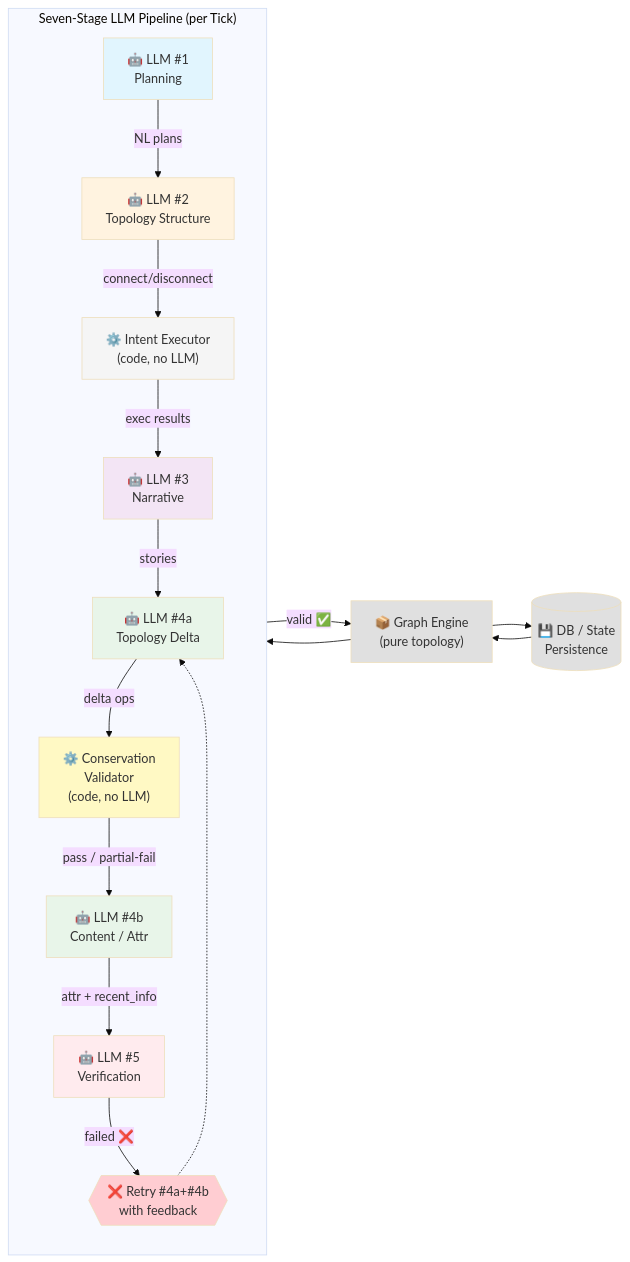
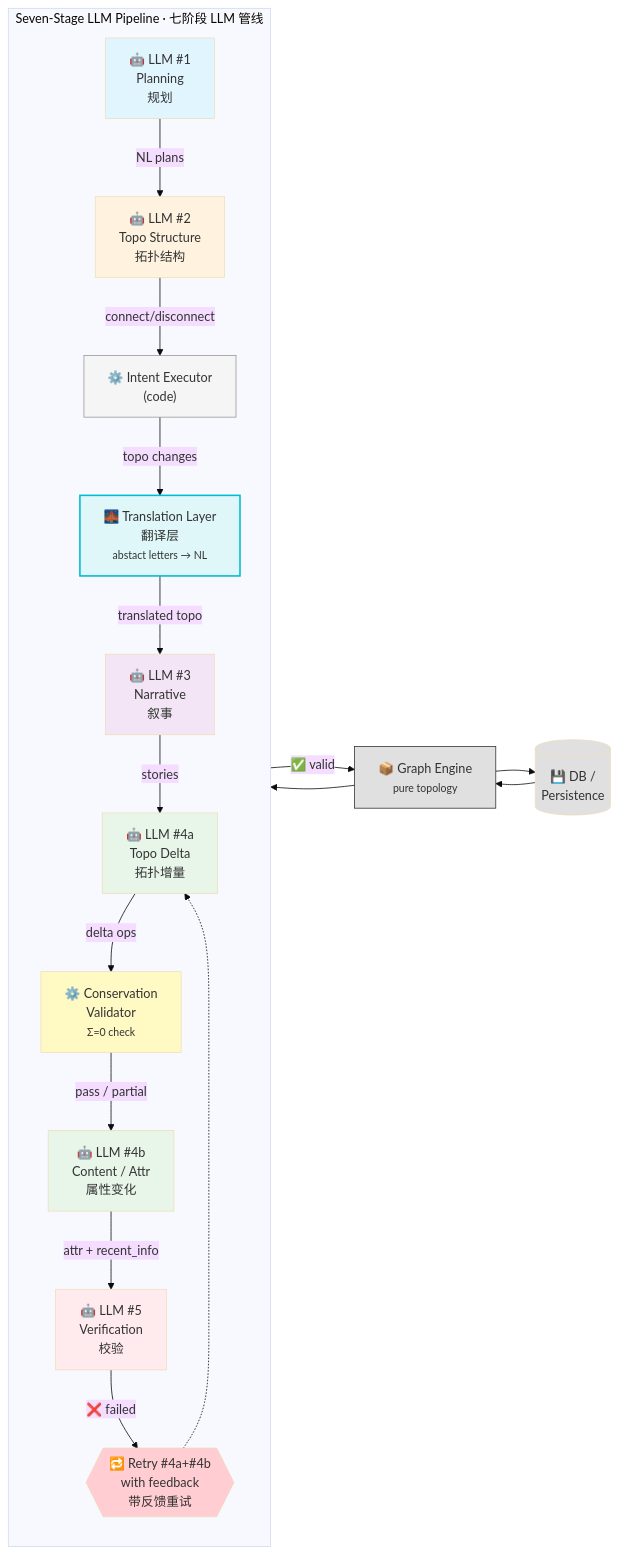
Before and after one commit to Asher0501/AgentWorld: the first of 3 diagrams in README.md, drawn with Mermaid (base theme). The commit also changed other lines of this file and 1 other file, not shown here.

First line of the commit message:
README: bilingual (EN/CN), translation layer in arch, graph-centric banner

````diff
--- a/README.md
+++ b/README.md
@@ -40,44 +21,48 @@
 ```mermaid
 flowchart LR
-    GE["📦 Graph Engine<br/>(pure topology)"]
-    DB[("💾 DB / State<br/>Persistence")]
+    GE["📦 Graph Engine<br/><small>pure topology</small>"]
+    DB[("💾 DB /<br/>Persistence")]
 
-    subgraph P["Seven-Stage LLM Pipeline (per Tick)"]
+    subgraph P["Seven-Stage LLM Pipeline · 七阶段 LLM 管线"]
         direction TB
-        L1["🤖 LLM #1<br/>Planning"]
-        L2["🤖 LLM #2<br/>Topology Structure"]
-        IE["⚙️ Intent Executor<br/>(code, no LLM)"]
-        L3["🤖 LLM #3<br/>Narrative"]
-        L4a["🤖 LLM #4a<br/>Topology Delta"]
-        CV["⚙️ Conservation<br/>Validator<br/>(code, no LLM)"]
-        L4b["🤖 LLM #4b<br/>Content / Attr"]
-        L5["🤖 LLM #5<br/>Verification"]
-        retry{{"❌ Retry #4a+#4b<br/>with feedback"}}
+        L1["🤖 LLM #1<br/>Planning<br/>规划"]
+        L2["🤖 LLM #2<br/>Topo Structure<br/>拓扑结构"]
+        IE["⚙️ Intent Executor<br/>(code)"]
+        TL["🌉 Translation Layer<br/>翻译层<br/><small>abstact letters → NL</small>"]
+        L3["🤖 LLM #3<br/>Narrative<br/>叙事"]
+        L4a["🤖 LLM #4a<br/>Topo Delta<br/>拓扑增量"]
+        CV["⚙️ Conservation<br/>Validator<br/><small>Σ=0 check</small>"]
+        L4b["🤖 LLM #4b<br/>Content / Attr<br/>属性变化"]
+        L5["🤖 LLM #5<br/>Verification<br/>校验"]
+        retry{{"🔁 Retry #4a+#4b<br/>with feedback<br/>带反馈重试"}}
     end
 
     DB --> GE
     GE --> L1
     L1 -->|"NL plans"| L2
     L2 -->|"connect/disconnect"| IE
-    IE -->|"exec results"| L3
+    IE -->|"topo changes"| TL
+    TL -->|"translated topo"| L3
     L3 -->|"stories"| L4a
     L4a -->|"delta ops"| CV
-    CV -->|"pass / partial-fail"| L4b
+    CV -->|"pass / partial"| L4b
     L4b -->|"attr + recent_info"| L5
-    L5 -->|"valid ✅"| GE
-    L5 -->|"failed ❌"| retry
+    L5 -->|"✅ valid"| GE
+    L5 -->|"❌ failed"| retry
     retry -.-> L4a
+
     GE --> DB
 
+    style GE fill:#e0e0e0,stroke:#333
     style L1 fill:#e1f5fe
     style L2 fill:#fff3e0
-    style IE fill:#f5f5f5
+    style IE fill:#f5f5f5,stroke:#999
+    style TL fill:#e0f7fa,stroke:#00bcd4,stroke-width:2px
     style L3 fill:#f3e5f5
     style L4a fill:#e8f5e9
     style CV fill:#fff9c4
     style L4b fill:#e8f5e9
     style L5 fill:#ffebee
     style retry fill:#ffcdd2
     style DB fill:#e0e0e0
-    style GE fill:#e0e0e0
 ```
````
